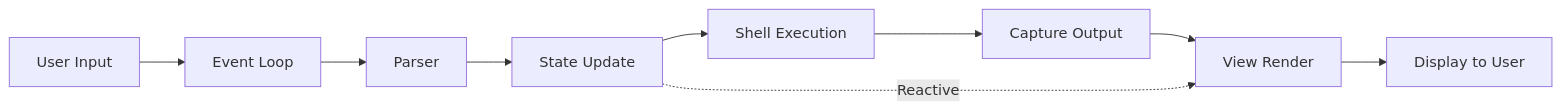
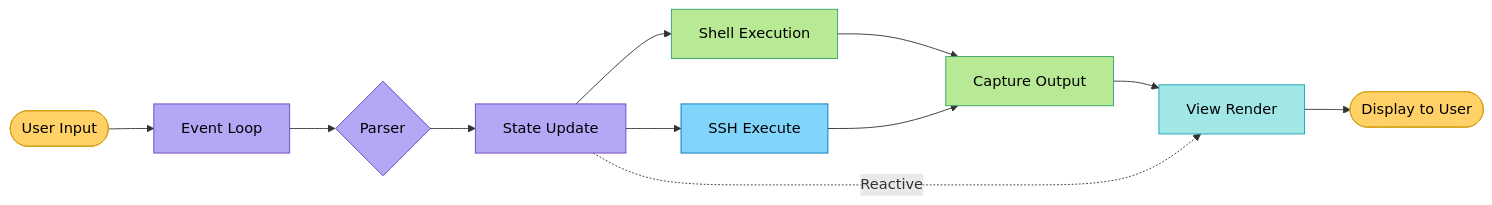
One commit to Munique-Feitoza/Munux-Reactive-Workspace changed the sixth of 7 diagrams in docs/en/architecture/overview.md. Above: the diagram before and after it, drawn with Mermaid. The commit also changed other lines of this file and 9 other files, not shown here.

First line of the commit message:
docs: documenta SSH e adiciona diagramas UML coloridos

````diff
--- a/docs/en/architecture/overview.md
+++ b/docs/en/architecture/overview.md
@@ -146,11 +295,20 @@
 ```mermaid
 flowchart LR
-    A[User Input] --> B[Event Loop]
-    B --> C[Parser]
-    C --> D[State Update]
-    D --> E[Shell Execution]
-    E --> F[Capture Output]
-    F --> G[View Render]
-    G --> H[Display to User]
+    A([User Input]):::in --> B[Event Loop]:::core
+    B --> C{Parser}:::core
+    C --> D[State Update]:::core
+    D --> E[Shell Execution]:::sys
+    D --> S[SSH Execute]:::ssh
+    E --> F[Capture Output]:::sys
+    S --> F
+    F --> G[View Render]:::ui
+    G --> H([Display to User]):::out
     D -.->|Reactive| G
+
+    classDef in fill:#ffd166,stroke:#d4a017,color:#000
+    classDef out fill:#ffd166,stroke:#d4a017,color:#000
+    classDef core fill:#b4a7f5,stroke:#6f42c1,color:#000
+    classDef sys fill:#b8e994,stroke:#38a169,color:#000
+    classDef ssh fill:#81d4fa,stroke:#0277bd,color:#000
+    classDef ui fill:#a0e7e5,stroke:#17a2b8,color:#000
 ```
````
